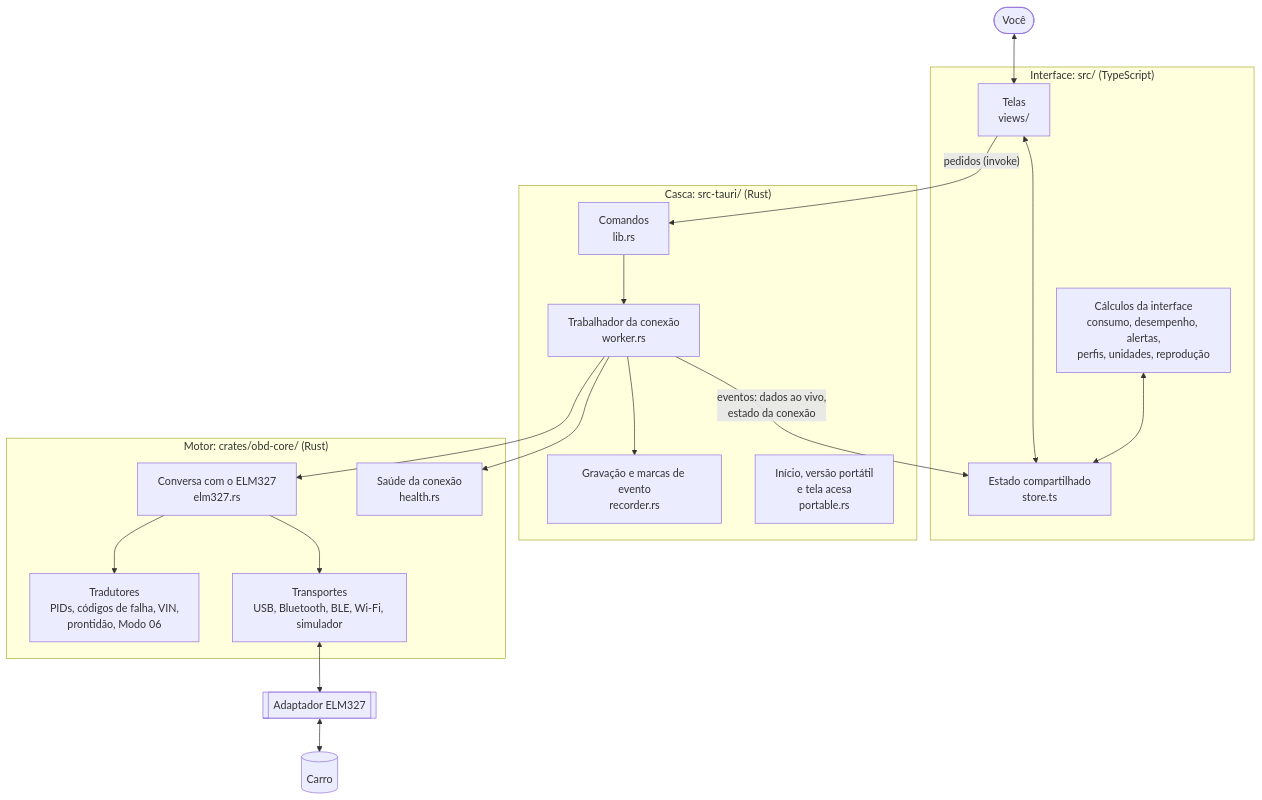
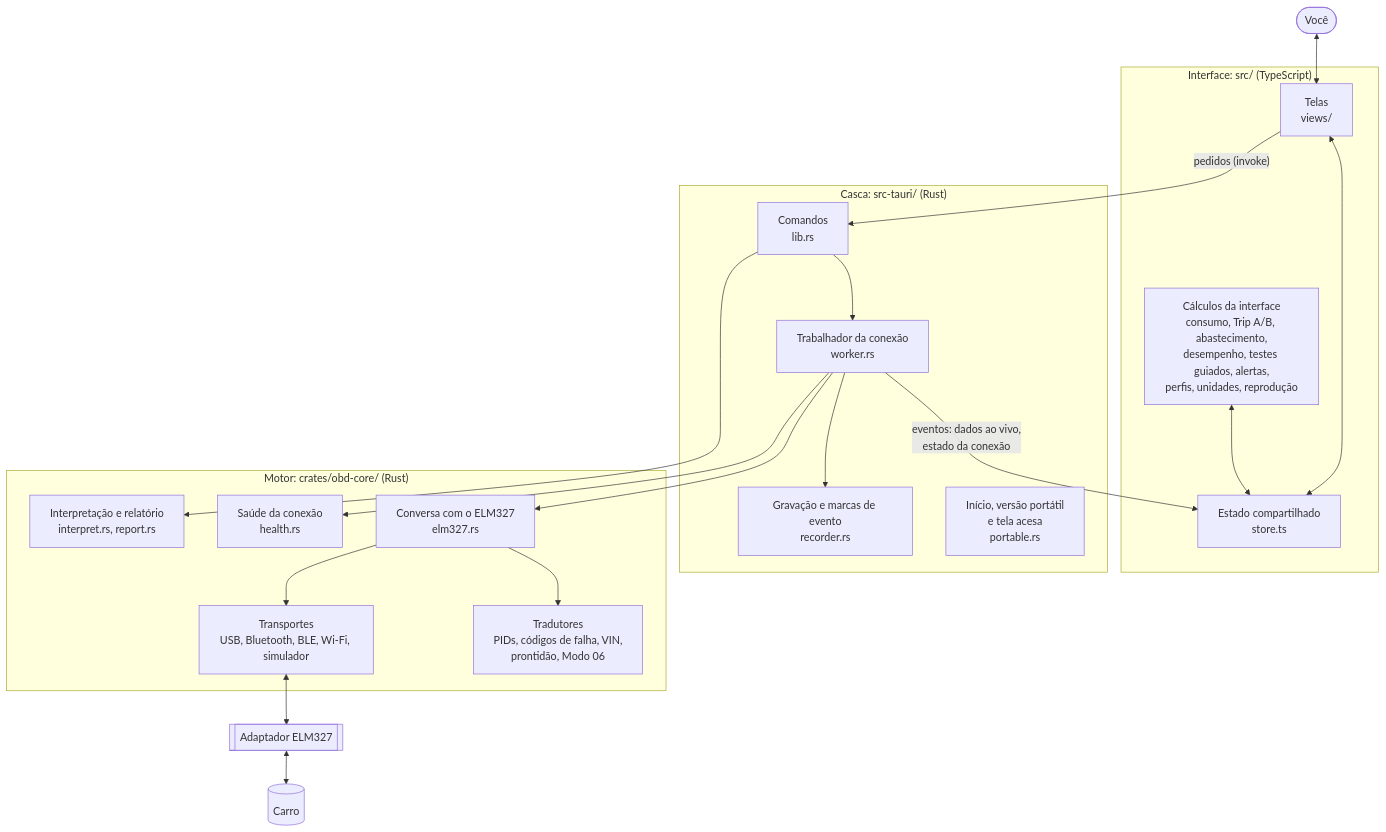
The first of 16 diagrams in docs/DIAGRAMAS.md (samuvieceli/obd2-scanner), drawn with Mermaid before and after one commit. The commit also changed other lines of this file and 5 other files, not shown here.

First line of the commit message:
Guias atualizados com as mudanças de hoje (Trip A/B, gravação, leitura, abastecimento, Bluetooth)

````diff
--- a/docs/DIAGRAMAS.md
+++ b/docs/DIAGRAMAS.md
@@ -15,37 +15,39 @@
 ```mermaid
 flowchart TB
     user(["Você"])
     subgraph UI["Interface: src/ (TypeScript)"]
         views["Telas<br/>views/"]
-        logic["Cálculos da interface<br/>consumo, desempenho, alertas,<br/>perfis, unidades, reprodução"]
+        logic["Cálculos da interface<br/>consumo, Trip A/B, abastecimento,<br/>desempenho, testes guiados, alertas,<br/>perfis, unidades, reprodução"]
         store["Estado compartilhado<br/>store.ts"]
     end
     subgraph APP["Casca: src-tauri/ (Rust)"]
         cmds["Comandos<br/>lib.rs"]
         worker["Trabalhador da conexão<br/>worker.rs"]
         rec["Gravação e marcas de evento<br/>recorder.rs"]
         port["Início, versão portátil<br/>e tela acesa<br/>portable.rs"]
     end
     subgraph CORE["Motor: crates/obd-core/ (Rust)"]
         elm["Conversa com o ELM327<br/>elm327.rs"]
         dec["Tradutores<br/>PIDs, códigos de falha, VIN,<br/>prontidão, Modo 06"]
+        interp["Interpretação e relatório<br/>interpret.rs, report.rs"]
         health["Saúde da conexão<br/>health.rs"]
         trans["Transportes<br/>USB, Bluetooth, BLE, Wi-Fi, simulador"]
     end
     adapter[["Adaptador ELM327"]]
     car[("Carro")]
 
     user <--> views
     views <--> store
     logic <--> store
     views -- "pedidos (invoke)" --> cmds
     worker -- "eventos: dados ao vivo,<br/>estado da conexão" --> store
     cmds --> worker
     worker --> rec
     worker --> elm
     worker --> health
     elm --> dec
+    cmds --> interp
     elm --> trans
     trans <--> adapter
     adapter <--> car
 ```
````
